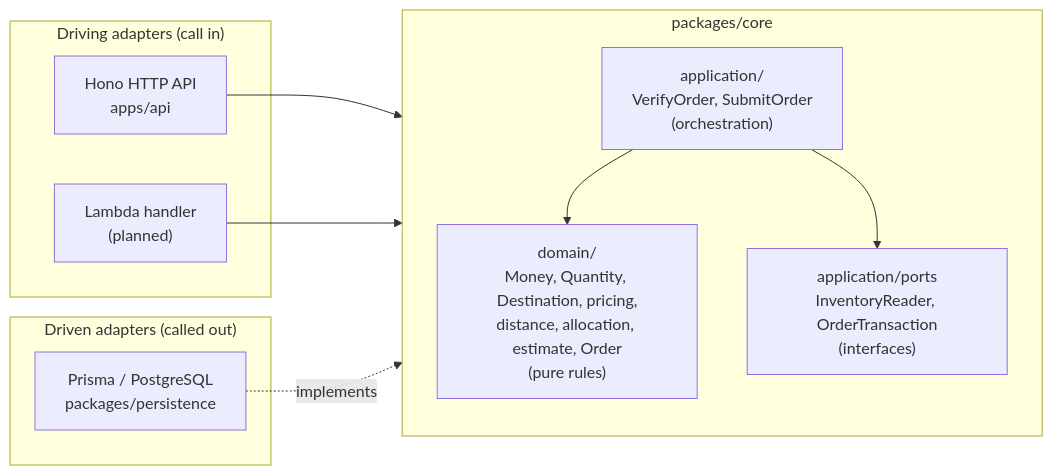
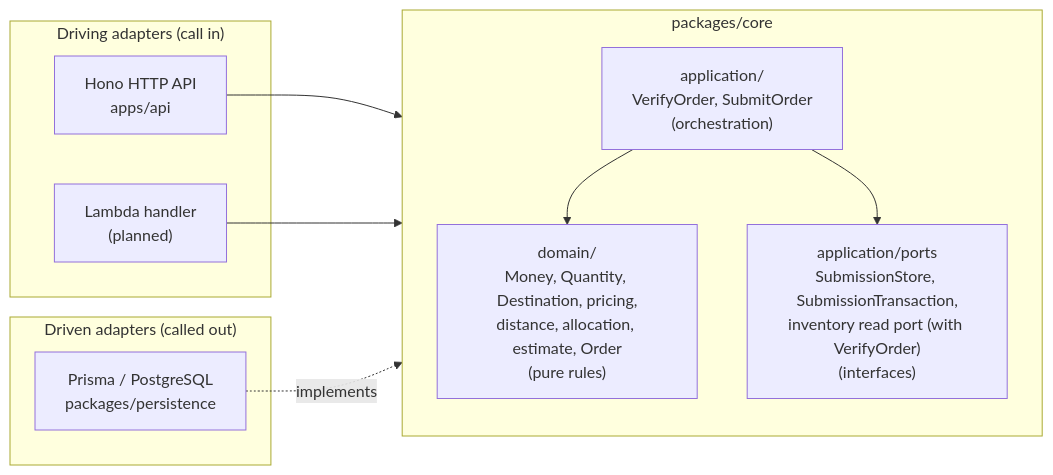
One commit to bonanaaaaaa/scos changed the first of 2 diagrams in docs/architecture.md. Above: the diagram before and after it, drawn with Mermaid. The commit also changed other lines of this file and 21 other files, not shown here.

First line of the commit message:
feat(ordering): add atomic order submission with duplicate-submission protection (#25)

````diff
--- a/docs/architecture.md
+++ b/docs/architecture.md
@@ -10,24 +10,24 @@
 ```mermaid
 flowchart LR
     subgraph driving["Driving adapters (call in)"]
         api["Hono HTTP API<br/>apps/api"]
         lambda["Lambda handler<br/>(planned)"]
     end
 
     subgraph core["packages/core"]
         direction TB
         app["application/<br/>VerifyOrder, SubmitOrder<br/>(orchestration)"]
-        ports["application/ports<br/>InventoryReader, OrderTransaction<br/>(interfaces)"]
+        ports["application/ports<br/>SubmissionStore, SubmissionTransaction,<br/>inventory read port (with VerifyOrder)<br/>(interfaces)"]
         domain["domain/<br/>Money, Quantity, Destination, pricing,<br/>distance, allocation, estimate, Order<br/>(pure rules)"]
         app --> domain
         app --> ports
     end
 
     subgraph driven["Driven adapters (called out)"]
         db["Prisma / PostgreSQL<br/>packages/persistence"]
     end
 
     api --> app
     lambda --> app
     db -. implements .-> ports
 ```
````
